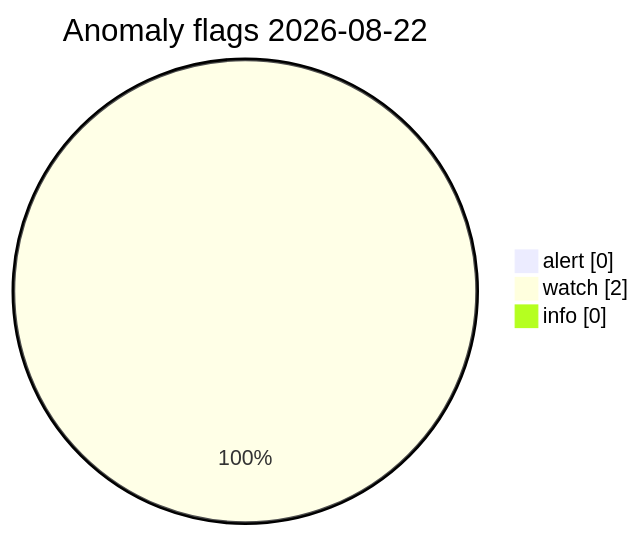
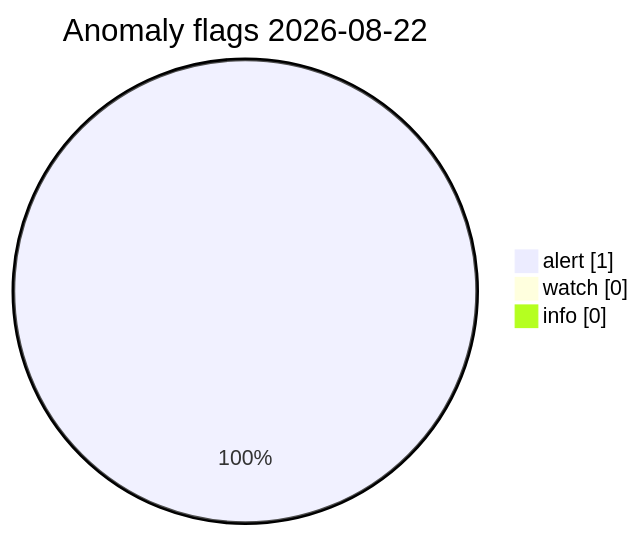
Before and after one commit to Midwest-Stratospheric/Unified-Open-Global-Weather: the diagram in visuals/latest/CHARTS.md, drawn with Mermaid. The commit also changed other lines of this file and 13 other files, not shown here.

Commit message:
data(visuals): automated charts 2026-08-22T10:02Z

````diff
--- a/visuals/latest/CHARTS.md
+++ b/visuals/latest/CHARTS.md
@@ -73,7 +73,7 @@
 ```mermaid
 pie showData
   title Anomaly flags 2026-08-22
-  "alert" : 0
-  "watch" : 2
+  "alert" : 1
+  "watch" : 0
   "info" : 0
 ```
````
